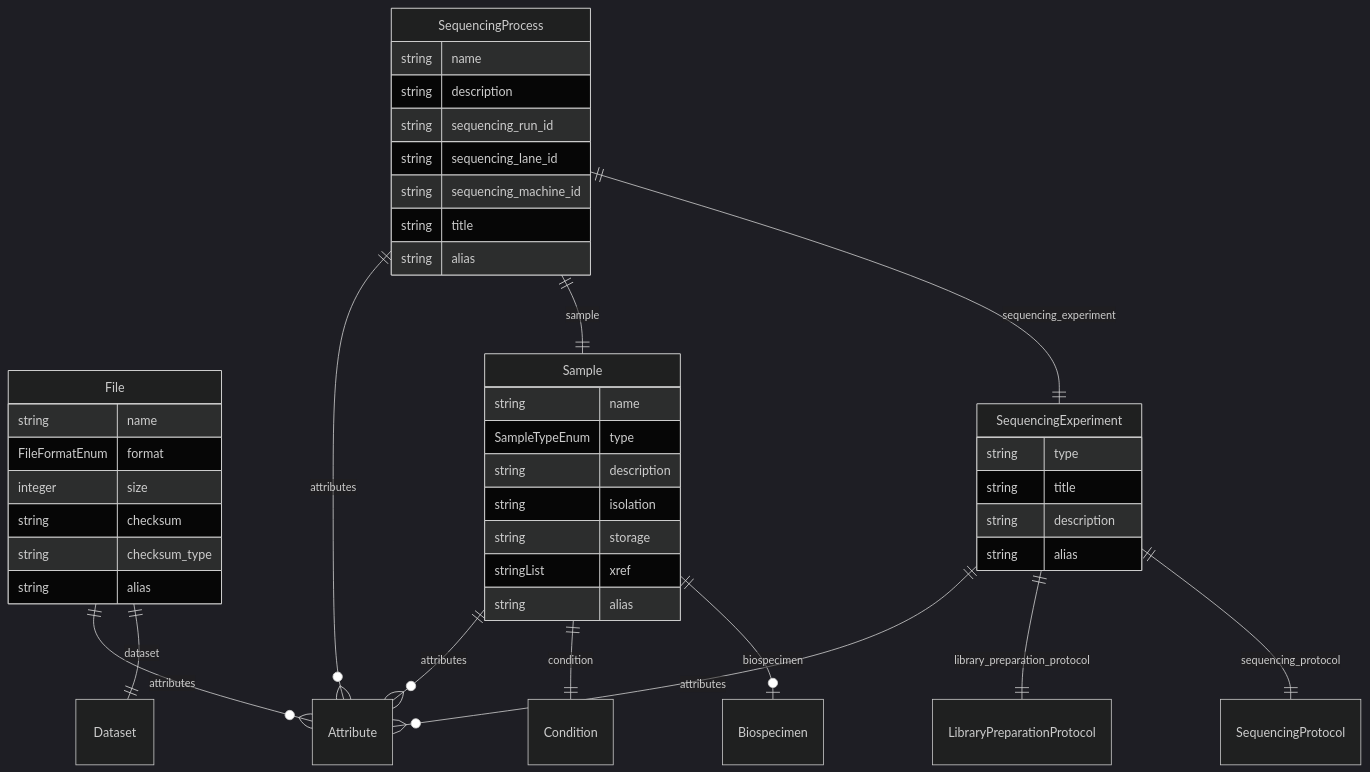
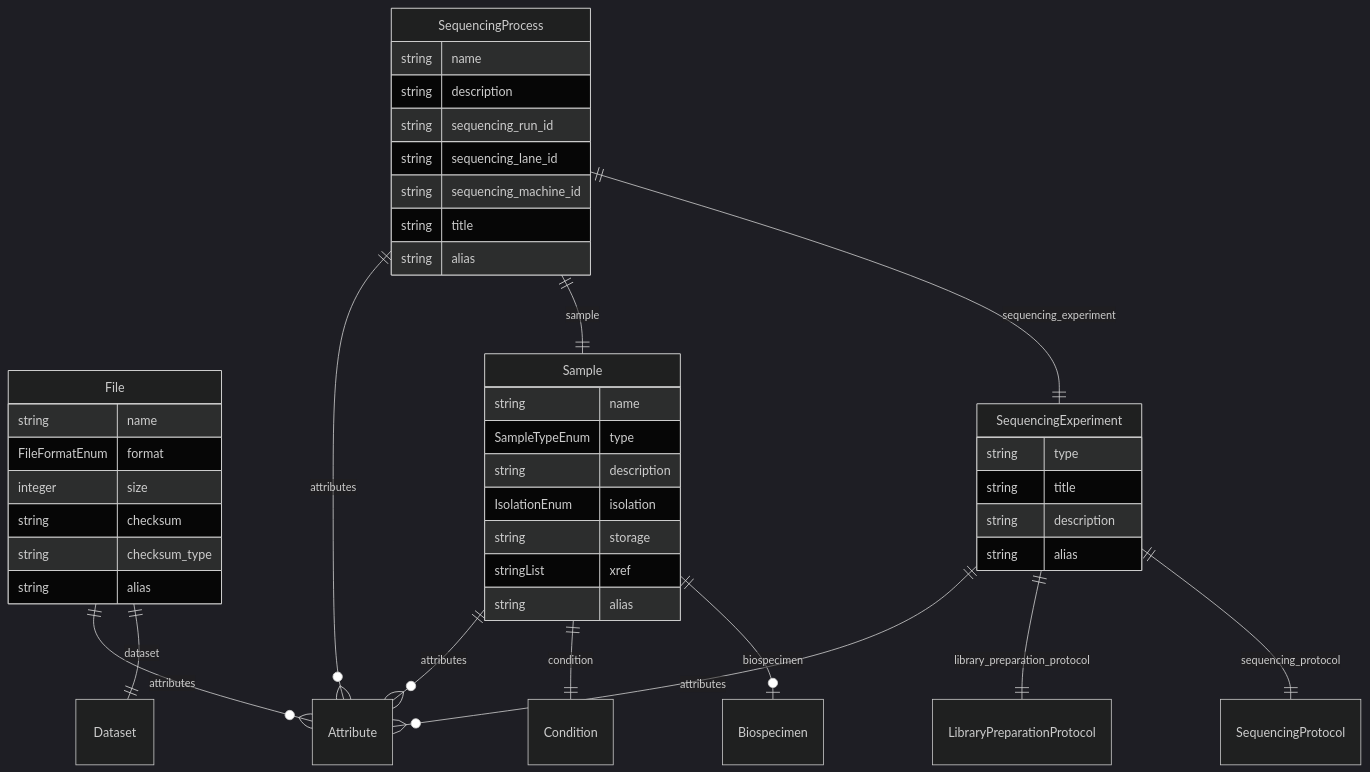
One commit to ghga-de/ghga-metadata-schema changed the sixth of 7 diagrams in docs/entity_relations.md. Above: the diagram before and after it, drawn with Mermaid (dark theme). The commit also changed other lines of this file and 7 other files, not shown here.

Commit message:
Add IsolationEnum

````diff
--- a/docs/entity_relations.md
+++ b/docs/entity_relations.md
@@ -317,48 +317,48 @@
 ```mermaid
 erDiagram
 SequencingProcess {
     string name  
     string description  
     string sequencing_run_id  
     string sequencing_lane_id  
     string sequencing_machine_id  
     string title  
     string alias  
 }
 File {
     string name  
     FileFormatEnum format  
     integer size  
     string checksum  
     string checksum_type  
     string alias  
 }
 Sample {
     string name  
     SampleTypeEnum type  
     string description  
-    string isolation  
+    IsolationEnum isolation  
     string storage  
     stringList xref  
     string alias  
 }
 SequencingExperiment {
     string type  
     string title  
     string description  
     string alias  
 }
 
 SequencingProcess ||--|| SequencingExperiment : "sequencing_experiment"
 SequencingProcess ||--|| Sample : "sample"
 SequencingProcess ||--}o Attribute : "attributes"
 File ||--|| Dataset : "dataset"
 File ||--}o Attribute : "attributes"
 Sample ||--|o Biospecimen : "biospecimen"
 Sample ||--|| Condition : "condition"
 Sample ||--}o Attribute : "attributes"
 SequencingExperiment ||--|| SequencingProtocol : "sequencing_protocol"
 SequencingExperiment ||--|| LibraryPreparationProtocol : "library_preparation_protocol"
 SequencingExperiment ||--}o Attribute : "attributes"
 
 ```
````
